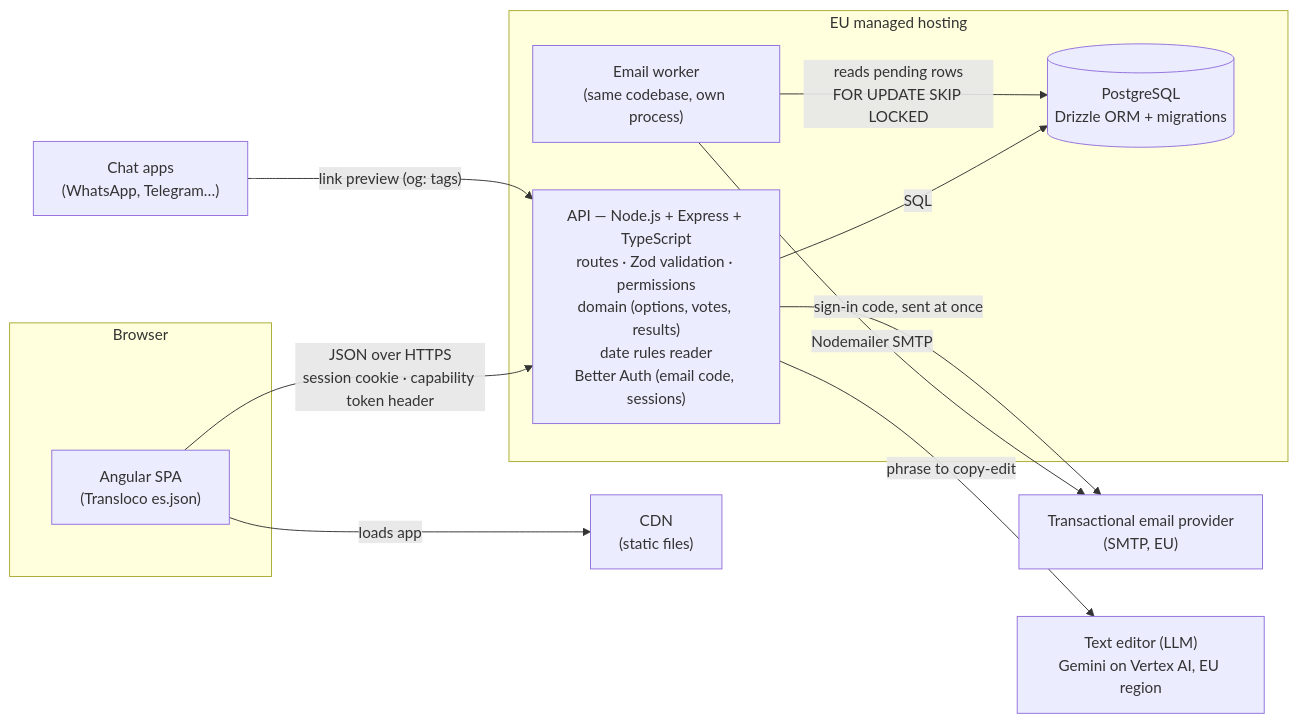
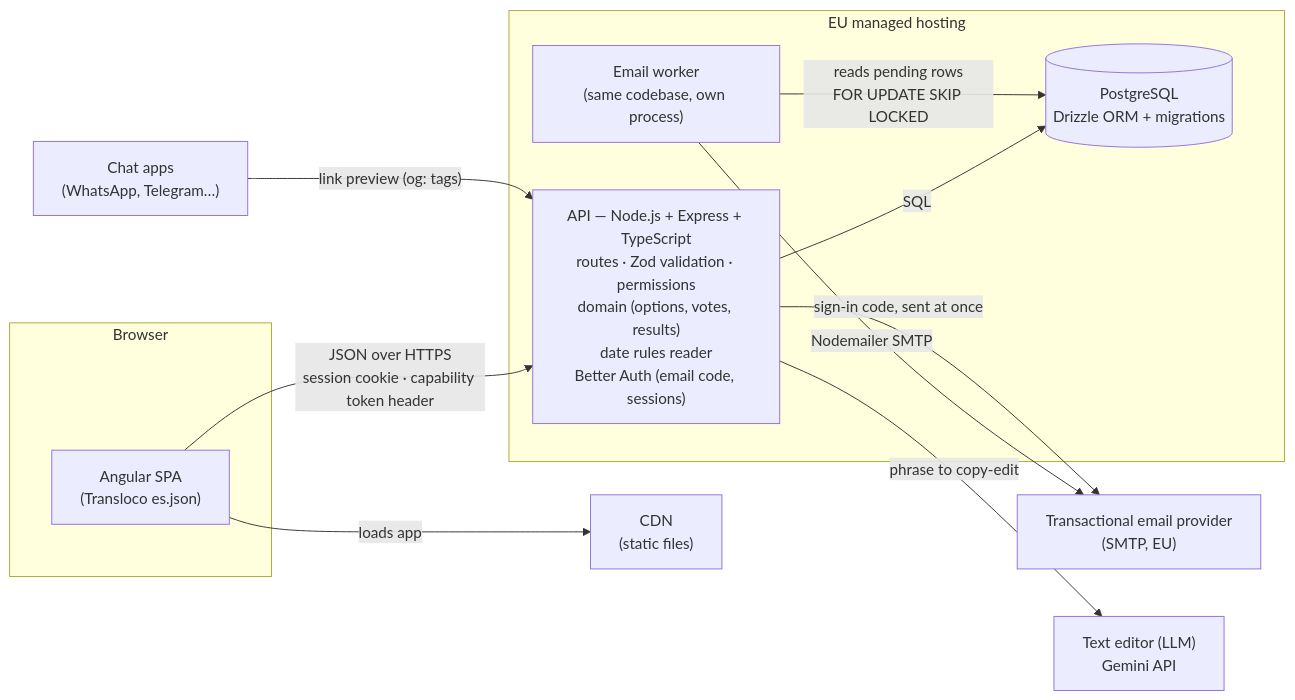
One commit to pietrodags/qando-app changed the first of 4 diagrams in docs/diagrams.md. Above: the diagram before and after it, drawn with Mermaid. The commit also changed other lines of this file and 3 other files, not shown here.

Commit message:
docs(hu10): the text editor uses the Gemini API

````diff
--- a/docs/diagrams.md
+++ b/docs/diagrams.md
@@ -12,24 +12,24 @@
 ```mermaid
 flowchart LR
   subgraph Browser
     spa["Angular SPA<br/>(Transloco es.json)"]
   end
   cdn["CDN<br/>(static files)"]
   subgraph EU["EU managed hosting"]
     api["API — Node.js + Express + TypeScript<br/>routes · Zod validation · permissions<br/>domain (options, votes, results)<br/>date rules reader<br/>Better Auth (email code, sessions)"]
     worker["Email worker<br/>(same codebase, own process)"]
     db[("PostgreSQL<br/>Drizzle ORM + migrations")]
   end
   smtp["Transactional email provider<br/>(SMTP, EU)"]
-  ai["Text editor (LLM)<br/>Gemini on Vertex AI, EU region"]
+  ai["Text editor (LLM)<br/>Gemini API"]
   chat["Chat apps<br/>(WhatsApp, Telegram…)"]
 
   spa -->|"loads app"| cdn
   spa -->|"JSON over HTTPS<br/>session cookie · capability token header"| api
   api -->|SQL| db
   worker -->|"reads pending rows<br/>FOR UPDATE SKIP LOCKED"| db
   worker -->|"Nodemailer SMTP"| smtp
   api -->|"sign-in code, sent at once"| smtp
   api -->|"phrase to copy-edit"| ai
   chat -->|"link preview (og: tags)"| api
 ```
````
